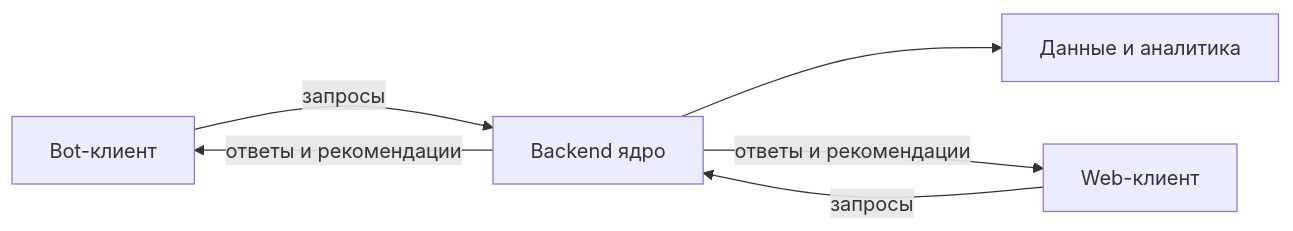
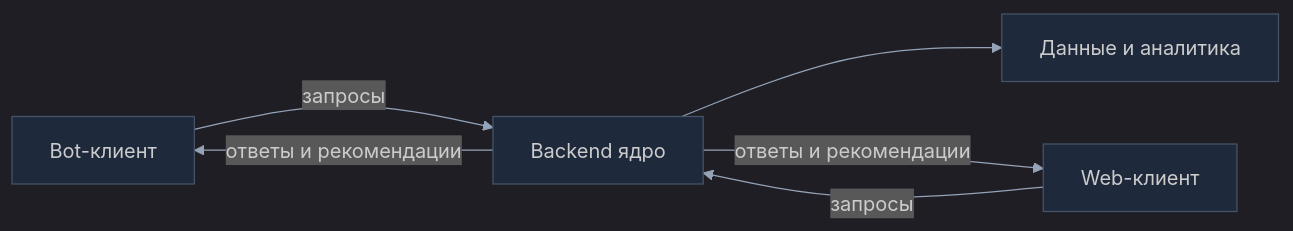
The second of 6 diagrams in docs/vision.md (zatulik2606/diaai), drawn with Mermaid before and after one commit. The commit also changed other lines of this file, not shown here.

````diff
--- a/docs/vision.md
+++ b/docs/vision.md
@@ -54,13 +55,14 @@
 ```mermaid
+%%{init: {'theme': 'dark', 'themeVariables': {'primaryTextColor': '#e2e8f0', 'lineColor': '#94a3b8', 'background': '#0f172a', 'mainBkg': '#1e293b', 'nodeBorder': '#475569', 'clusterBkg': '#1e293b', 'titleColor': '#f1f5f9'}}}%%
 flowchart LR
     Bot["Bot-клиент"]
     Web["Web-клиент"]
     Backend["Backend ядро"]
     Data["Данные и аналитика"]
 
     Bot -->|"запросы"| Backend
     Web -->|"запросы"| Backend
     Backend --> Data
     Backend -->|"ответы и рекомендации"| Bot
     Backend -->|"ответы и рекомендации"| Web
 ```
````
